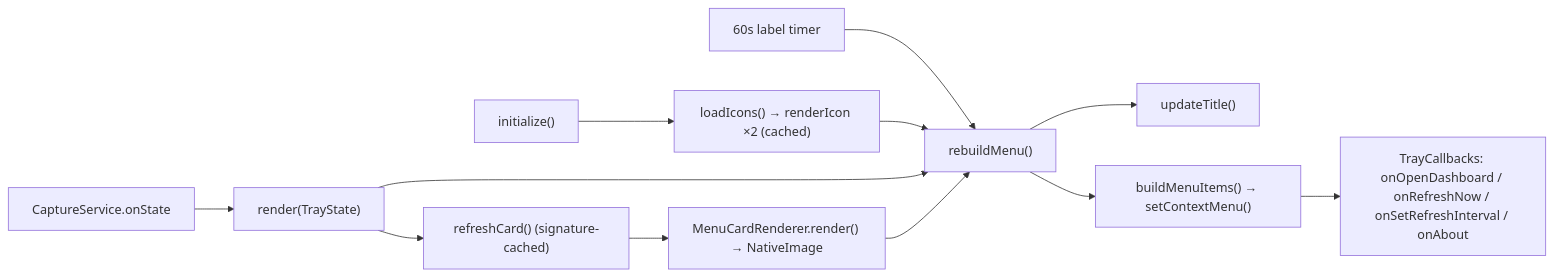
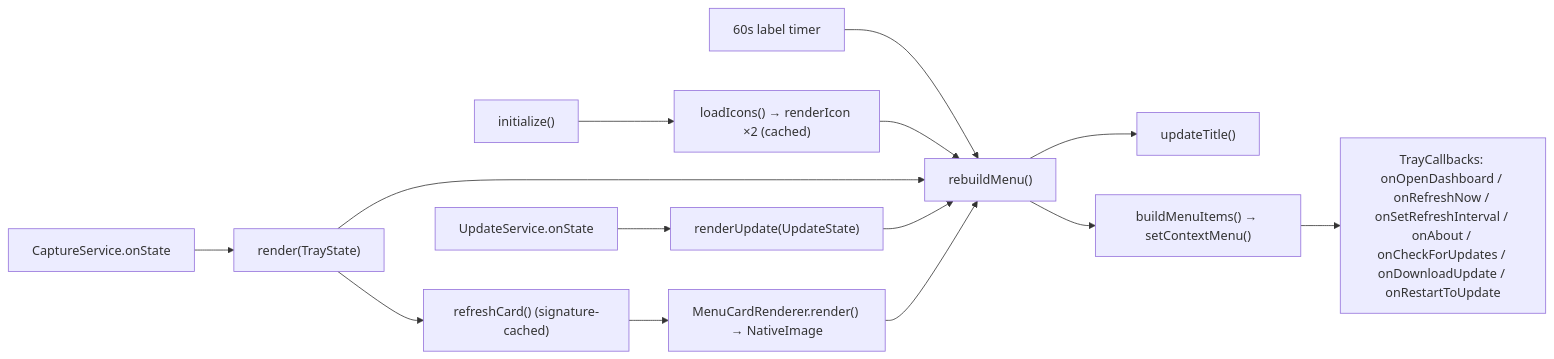
One commit to tangentlin/burnbar changed the diagram in docs/modules/tray.md. Above: the diagram before and after it, drawn with Mermaid. The commit also changed other lines of this file and 22 other files, not shown here.

````diff
--- a/docs/modules/tray.md
+++ b/docs/modules/tray.md
@@ -46,14 +49,16 @@
 ```mermaid
 flowchart LR
     svc["CaptureService.onState"] --> render["render(TrayState)"]
+    upd["UpdateService.onState"] --> renderUpd["renderUpdate(UpdateState)"]
     timer["60s label timer"] --> rebuild["rebuildMenu()"]
     init["initialize()"] --> icons["loadIcons() → renderIcon ×2 (cached)"]
     icons --> rebuild
     render --> rebuild
+    renderUpd --> rebuild
     render --> refresh["refreshCard() (signature-cached)"]
     refresh --> card["MenuCardRenderer.render() → NativeImage"]
     card --> rebuild
     rebuild --> title["updateTitle()"]
     rebuild --> menu["buildMenuItems() → setContextMenu()"]
-    menu --> cbs["TrayCallbacks: onOpenDashboard / onRefreshNow / onSetRefreshInterval / onAbout"]
+    menu --> cbs["TrayCallbacks: onOpenDashboard / onRefreshNow / onSetRefreshInterval / onAbout / onCheckForUpdates / onDownloadUpdate / onRestartToUpdate"]
 ```
````
